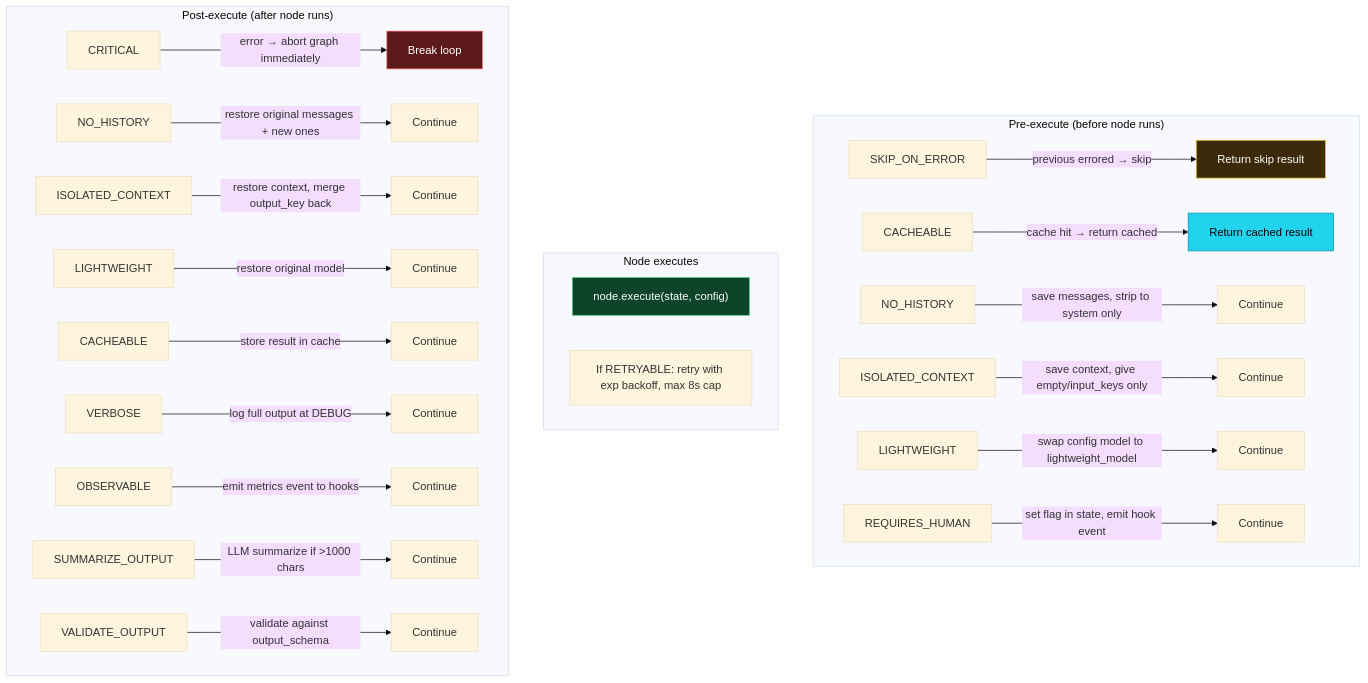
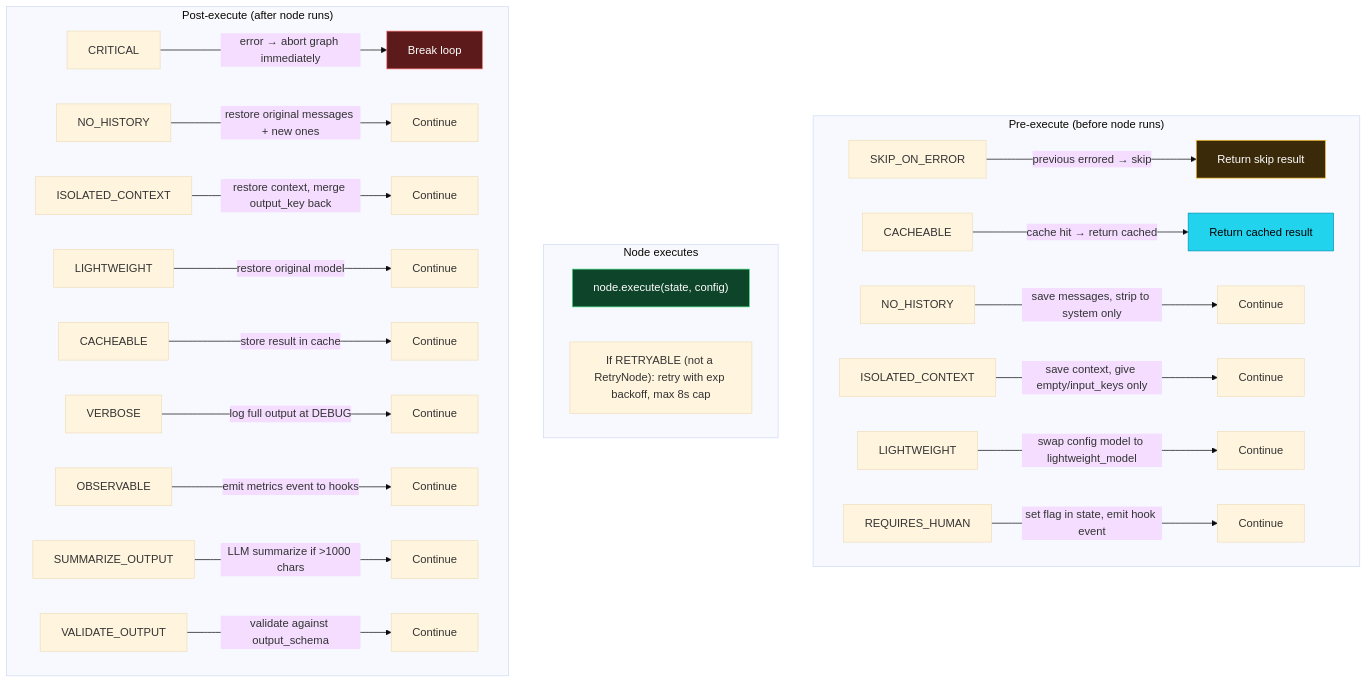
Before and after one commit to CloudEngineHub/DeepMCPAgent: the sixth of 10 diagrams in docs/core/engine-internals.md, drawn with Mermaid (base theme). The commit also changed other lines of this file and 16 other files, not shown here.

First line of the commit message:
docs(engine): describe the fixed Reasoning Graph behaviour; changelog

````diff
--- a/docs/core/engine-internals.md
+++ b/docs/core/engine-internals.md
@@ -241,33 +245,33 @@
 ```mermaid
 graph TD
     subgraph "Pre-execute (before node runs)"
         F1[SKIP_ON_ERROR] --> |"previous errored → skip"| F1R[Return skip result]
         F2[CACHEABLE] --> |"cache hit → return cached"| F2R[Return cached result]
         F3[NO_HISTORY] --> |"save messages, strip to system only"| F3R[Continue]
         F4[ISOLATED_CONTEXT] --> |"save context, give empty/input_keys only"| F4R[Continue]
         F5[LIGHTWEIGHT] --> |"swap config model to lightweight_model"| F5R[Continue]
         F6[REQUIRES_HUMAN] --> |"set flag in state, emit hook event"| F6R[Continue]
     end
 
     subgraph "Node executes"
         EXEC["node.execute(state, config)"]
-        RETRY["If RETRYABLE: retry with exp backoff, max 8s cap"]
+        RETRY["If RETRYABLE (not a RetryNode): retry with exp backoff, max 8s cap"]
     end
 
     subgraph "Post-execute (after node runs)"
         P1[CRITICAL] --> |"error → abort graph immediately"| P1R[Break loop]
         P2[NO_HISTORY] --> |"restore original messages + new ones"| P2R[Continue]
         P3[ISOLATED_CONTEXT] --> |"restore context, merge output_key back"| P3R[Continue]
         P4[LIGHTWEIGHT] --> |"restore original model"| P4R[Continue]
         P5[CACHEABLE] --> |"store result in cache"| P5R[Continue]
         P6[VERBOSE] --> |"log full output at DEBUG"| P6R[Continue]
         P7[OBSERVABLE] --> |"emit metrics event to hooks"| P7R[Continue]
         P8[SUMMARIZE_OUTPUT] --> |"LLM summarize if >1000 chars"| P8R[Continue]
         P9[VALIDATE_OUTPUT] --> |"validate against output_schema"| P9R[Continue]
     end
 
     style F1R fill:#3a2a0a,stroke:#fbbf24,color:#fff
     style F2R fill:#22d3ee,stroke:#0891b2,color:#000
     style EXEC fill:#0e4429,stroke:#4ade80,color:#fff
     style P1R fill:#5c1a1a,stroke:#f87171,color:#fff
 ```
````
